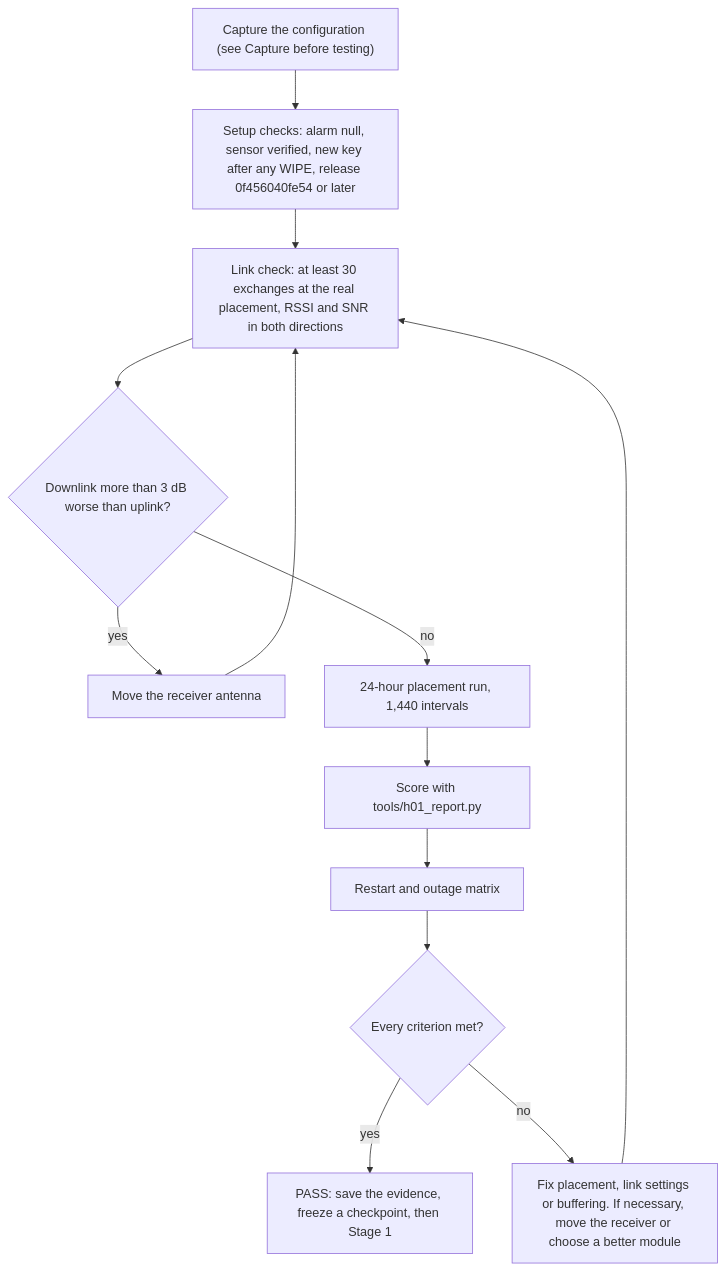
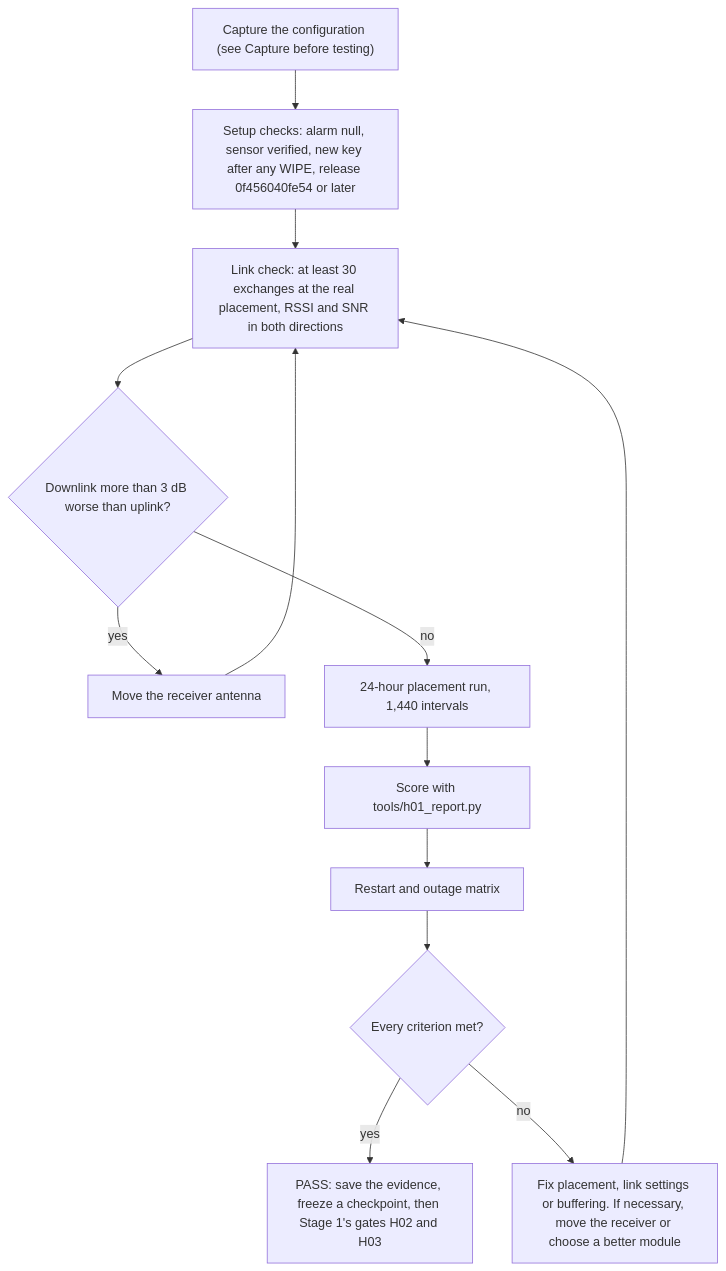
The diagram in docs/H01-checklist.md (clintecker/weather-station-2026), drawn with Mermaid before and after one commit. The commit also changed other lines of this file and 303 other files, not shown here.

````diff
--- a/docs/H01-checklist.md
+++ b/docs/H01-checklist.md
@@ -12,15 +14,15 @@
 ```mermaid
 flowchart TD
   C["Capture the configuration (see Capture before testing)"] --> S["Setup checks: alarm null, sensor verified, new key after any WIPE, release 0f456040fe54 or later"]
   S --> L["Link check: at least 30 exchanges at the real placement, RSSI and SNR in both directions"]
   L --> M{"Downlink more than 3 dB worse than uplink?"}
   M -- yes --> A["Move the receiver antenna"]
   A --> L
   M -- no --> R["24-hour placement run, 1,440 intervals"]
   R --> SC["Score with tools/h01_report.py"]
   SC --> X["Restart and outage matrix"]
   X --> D{"Every criterion met?"}
-  D -- yes --> P["PASS: save the evidence, freeze a checkpoint, then Stage 1"]
+  D -- yes --> P["PASS: save the evidence, freeze a checkpoint, then Stage 1's gates H02 and H03"]
   D -- no --> F["Fix placement, link settings or buffering. If necessary, move the receiver or choose a better module"]
   F --> L
 ```
````
